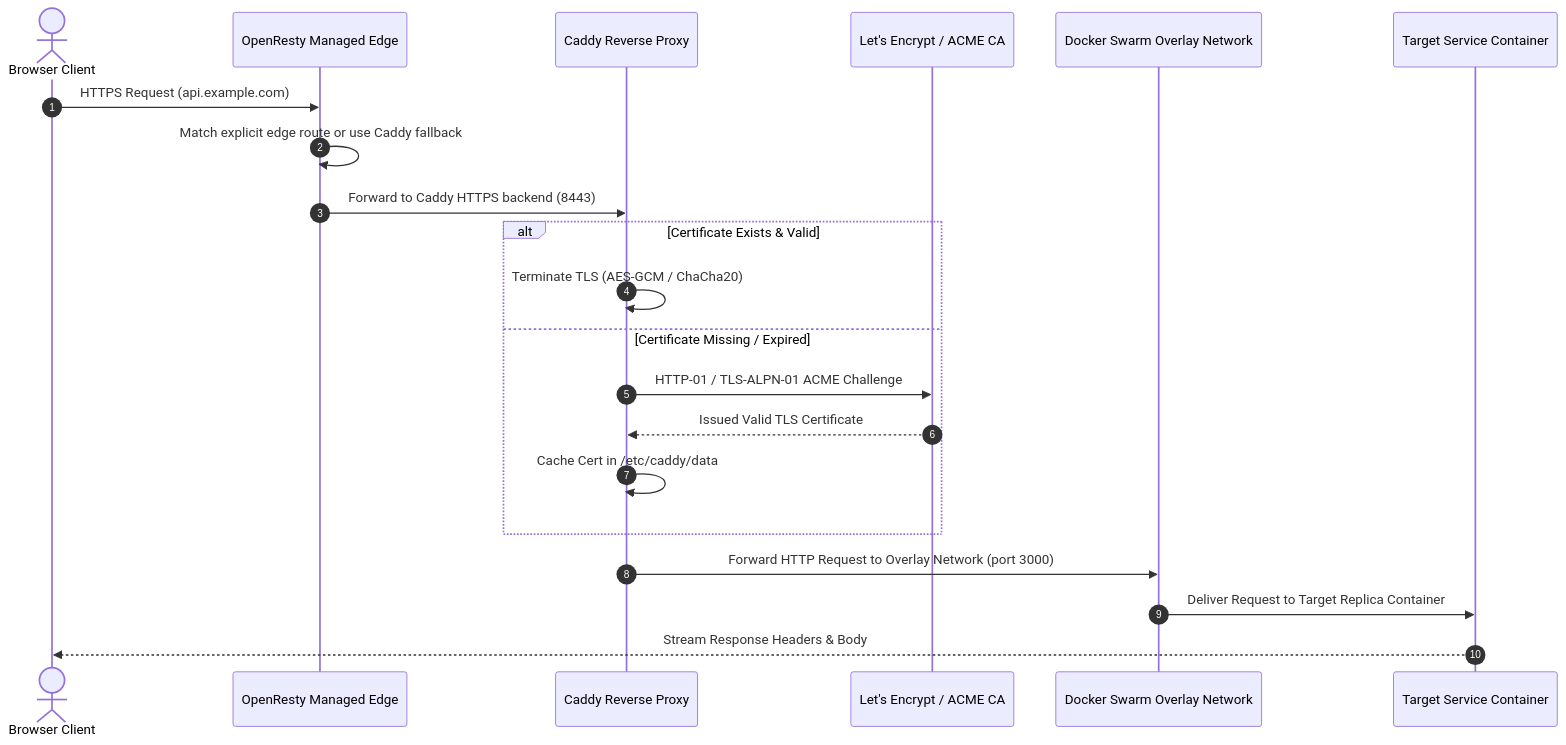
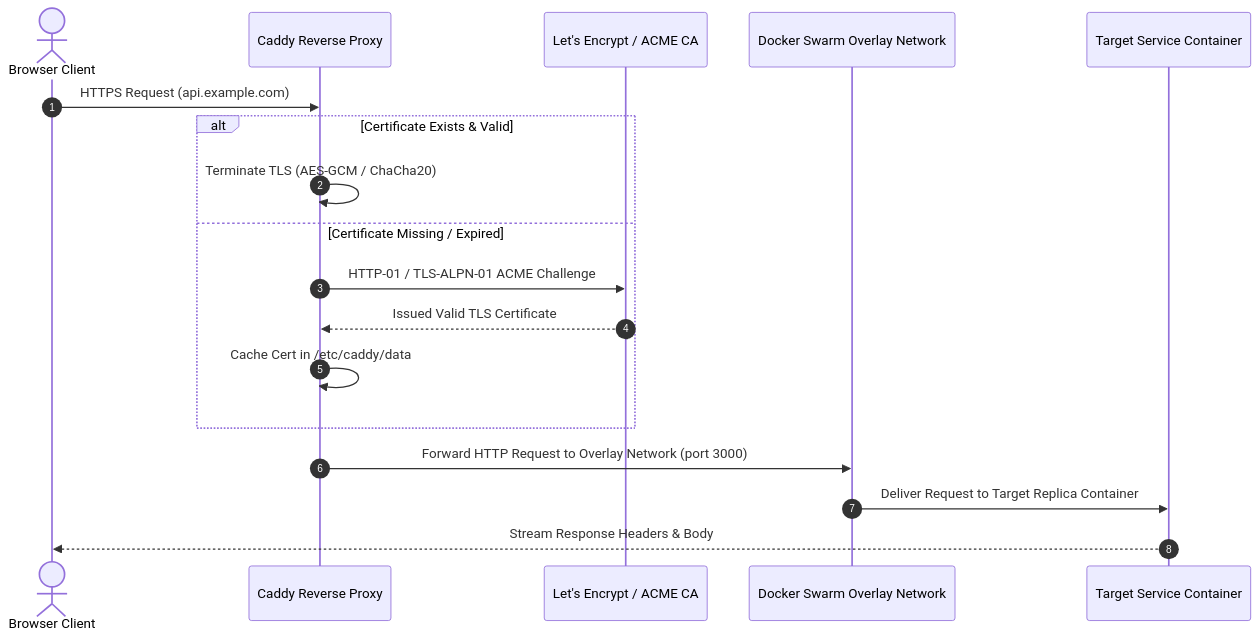
The first of 2 diagrams in apps/fumadocs/content/docs/features/routing.mdx (UpstandPlatform/upstand), drawn with Mermaid before and after one commit. The commit also changed other lines of this file and 102 other files, not shown here.

````diff
--- a/apps/fumadocs/content/docs/features/routing.mdx
+++ b/apps/fumadocs/content/docs/features/routing.mdx
@@ -137,24 +117,21 @@
 ```mermaid
 sequenceDiagram
     autonumber
     actor Client as Browser Client
-    participant Edge as OpenResty Managed Edge
     participant Caddy as Caddy Reverse Proxy
     participant ACME as Let's Encrypt / ACME CA
     participant Swarm as Docker Swarm Overlay Network
     participant App as Target Service Container
 
-    Client->>Edge: HTTPS Request (api.example.com)
-    Edge->>Edge: Match explicit edge route or use Caddy fallback
-    Edge->>Caddy: Forward to Caddy HTTPS backend (8443)
+    Client->>Caddy: HTTPS Request (api.example.com)
     alt Certificate Exists & Valid
         Caddy->>Caddy: Terminate TLS (AES-GCM / ChaCha20)
     else Certificate Missing / Expired
         Caddy->>ACME: HTTP-01 / TLS-ALPN-01 ACME Challenge
         ACME-->>Caddy: Issued Valid TLS Certificate
         Caddy->>Caddy: Cache Cert in /etc/caddy/data
     end
     Caddy->>Swarm: Forward HTTP Request to Overlay Network (port 3000)
     Swarm->>App: Deliver Request to Target Replica Container
     App-->>Client: Stream Response Headers & Body
 ```
````
